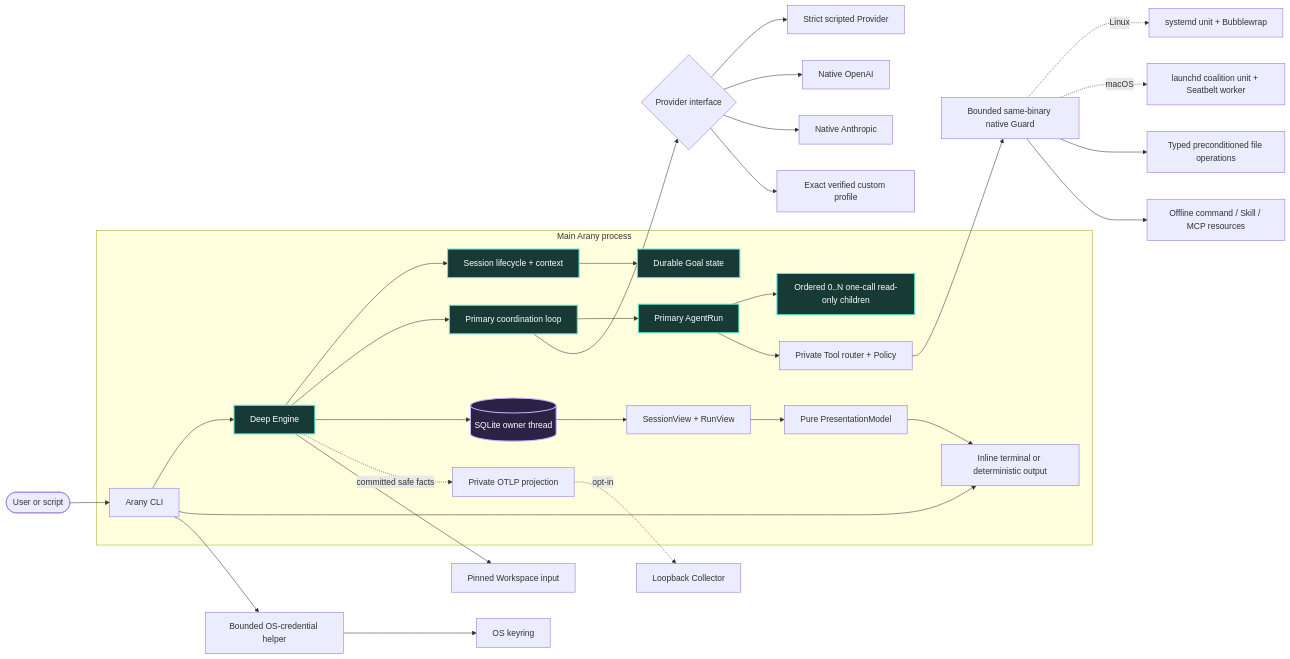
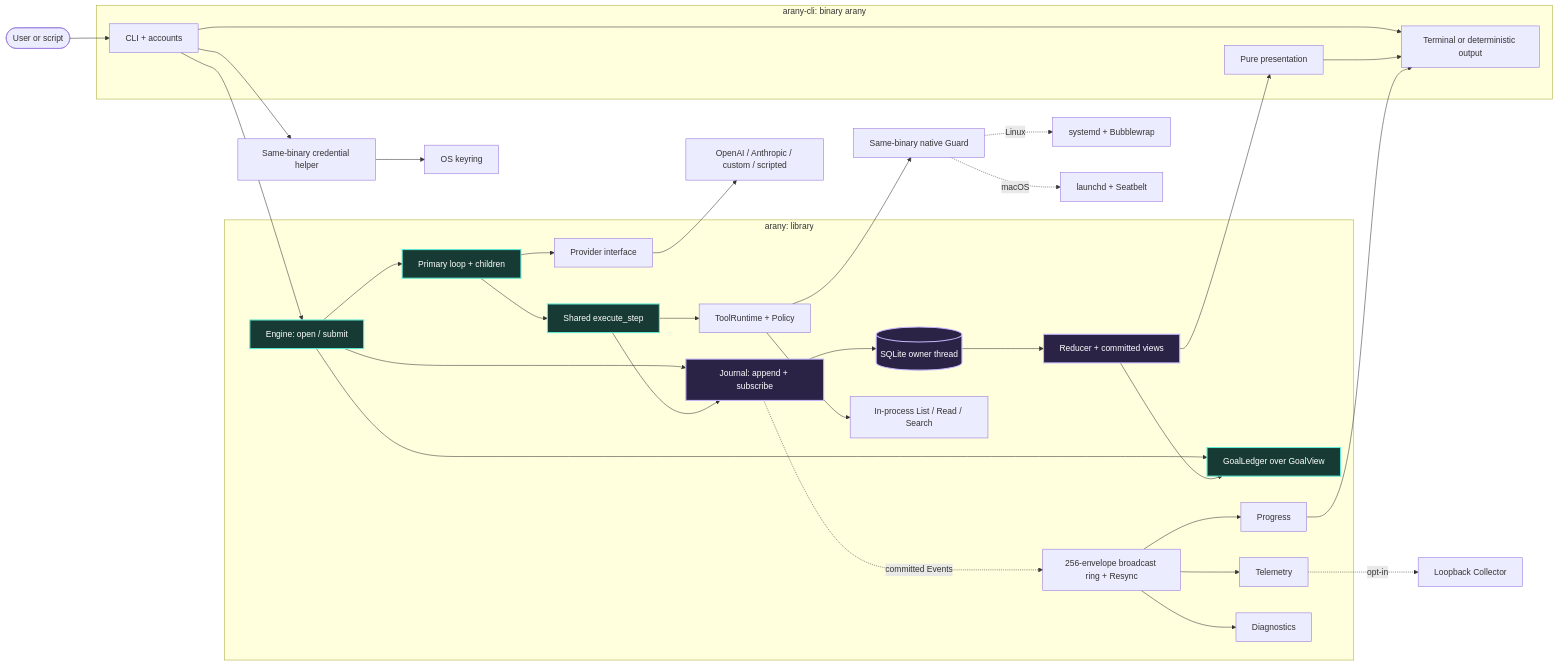
The diagram in docs/architecture/system-overview.md (fpmirabile/arany), drawn with Mermaid before and after one commit. The commit also changed other lines of this file and 14 other files, not shown here.

First line of the commit message:
docs(architecture): migrate documentation ownership for the post-refactor shape (refactor PR13 docs)

````diff
--- a/docs/architecture/system-overview.md
+++ b/docs/architecture/system-overview.md
@@ -63,40 +68,43 @@
 ```mermaid
 flowchart LR
-    User([User or script]) --> CLI[Arany CLI]
+    User([User or script]) --> CLI[CLI + accounts]
 
-    subgraph Process[Main Arany process]
-        CLI --> Engine[Deep Engine]
-        CLI --> Terminal[Inline terminal or deterministic output]
-        Engine --> Session[Session lifecycle + context]
-        Session --> Goal[Durable Goal state]
-        Engine --> Loop[Primary coordination loop]
-        Loop --> Primary[Primary AgentRun]
-        Primary --> Children[Ordered 0..N one-call read-only children]
-        Primary --> Tools[Private Tool router + Policy]
-        Engine --> Store[(SQLite owner thread)]
-        Store --> Views[SessionView + RunView]
-        Views --> Presentation[Pure PresentationModel]
-        Presentation --> Terminal
-        Engine -. committed safe facts .-> OTLP[Private OTLP projection]
+    subgraph Edge[arany-cli: binary arany]
+        CLI --> Terminal[Terminal or deterministic output]
+        Presentation[Pure presentation] --> Terminal
     end
 
-    Loop --> Provider{Provider interface}
-    Provider --> Fake[Strict scripted Provider]
-    Provider --> OpenAI[Native OpenAI]
-    Provider --> Anthropic[Native Anthropic]
-    Provider --> Custom[Exact verified custom profile]
-    Engine --> Workspace[Pinned Workspace input]
-    Tools --> Guard[Bounded same-binary native Guard]
-    Guard -. Linux .-> Systemd[systemd unit + Bubblewrap]
-    Guard -. macOS .-> Launchd[launchd coalition unit + Seatbelt worker]
-    Guard --> Files[Typed preconditioned file operations]
-    Guard --> Snapshot[Offline command / Skill / MCP resources]
+    subgraph Harness[arany: library]
+        CLI --> Engine[Engine: open / submit]
+        Engine --> Loop[Primary loop + children]
+        Engine --> Ledger[GoalLedger over GoalView]
+        Loop --> Step[Shared execute_step]
+        Loop --> Provider[Provider interface]
+        Step --> Tools[ToolRuntime + Policy]
+        Engine --> Journal[Journal: append + subscribe]
+        Step --> Journal
+        Journal --> Store[(SQLite owner thread)]
+        Store --> Views[Reducer + committed views]
+        Views --> Ledger
+        Views --> Presentation
+        Journal -. committed Events .-> Tap[256-envelope broadcast ring + Resync]
+        Tap --> Progress[Progress]
+        Tap --> OTLP[Telemetry]
+        Tap --> Diagnostics[Diagnostics]
+        Progress --> Terminal
+        Tools --> Reads[In-process List / Read / Search]
+    end
+
+    Provider --> Adapters[OpenAI / Anthropic / custom / scripted]
+    Tools --> Guard[Same-binary native Guard]
+    Guard -. Linux .-> Systemd[systemd + Bubblewrap]
+    Guard -. macOS .-> Launchd[launchd + Seatbelt]
     OTLP -. opt-in .-> Collector[Loopback Collector]
-    CLI --> CredentialHelper[Bounded OS-credential helper]
+    CLI --> CredentialHelper[Same-binary credential helper]
     CredentialHelper --> Keyring[OS keyring]
 
     classDef deep fill:#173b34,color:#fff,stroke:#5eead4,stroke-width:2px;
     classDef canonical fill:#2b2346,color:#fff,stroke:#c4b5fd,stroke-width:2px;
-    class Engine,Session,Goal,Loop,Primary,Children deep;
-    class Store canonical;
+    class Engine,Loop,Ledger,Step deep;
+    class Journal,Store,Views canonical;
 ```
````
